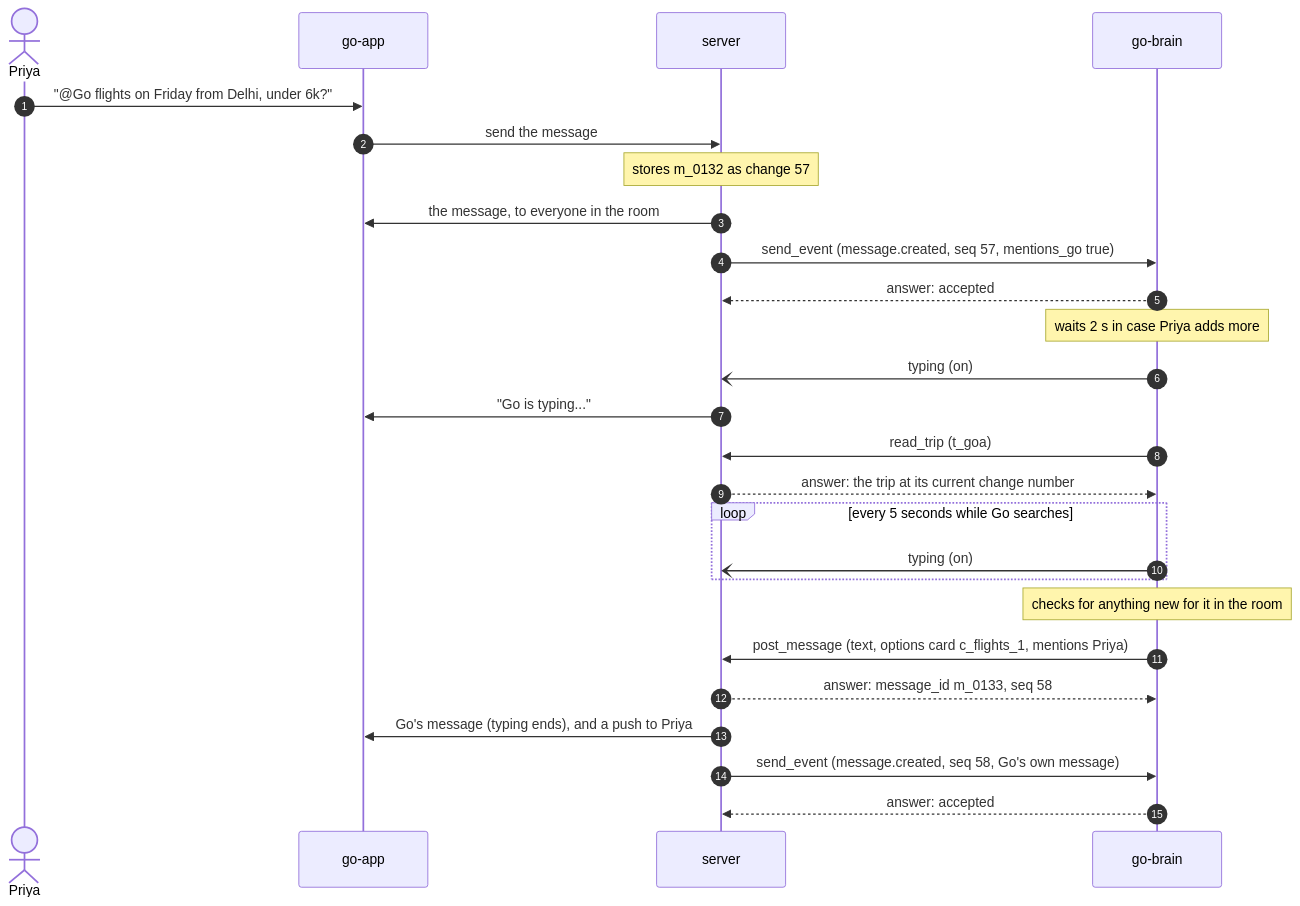
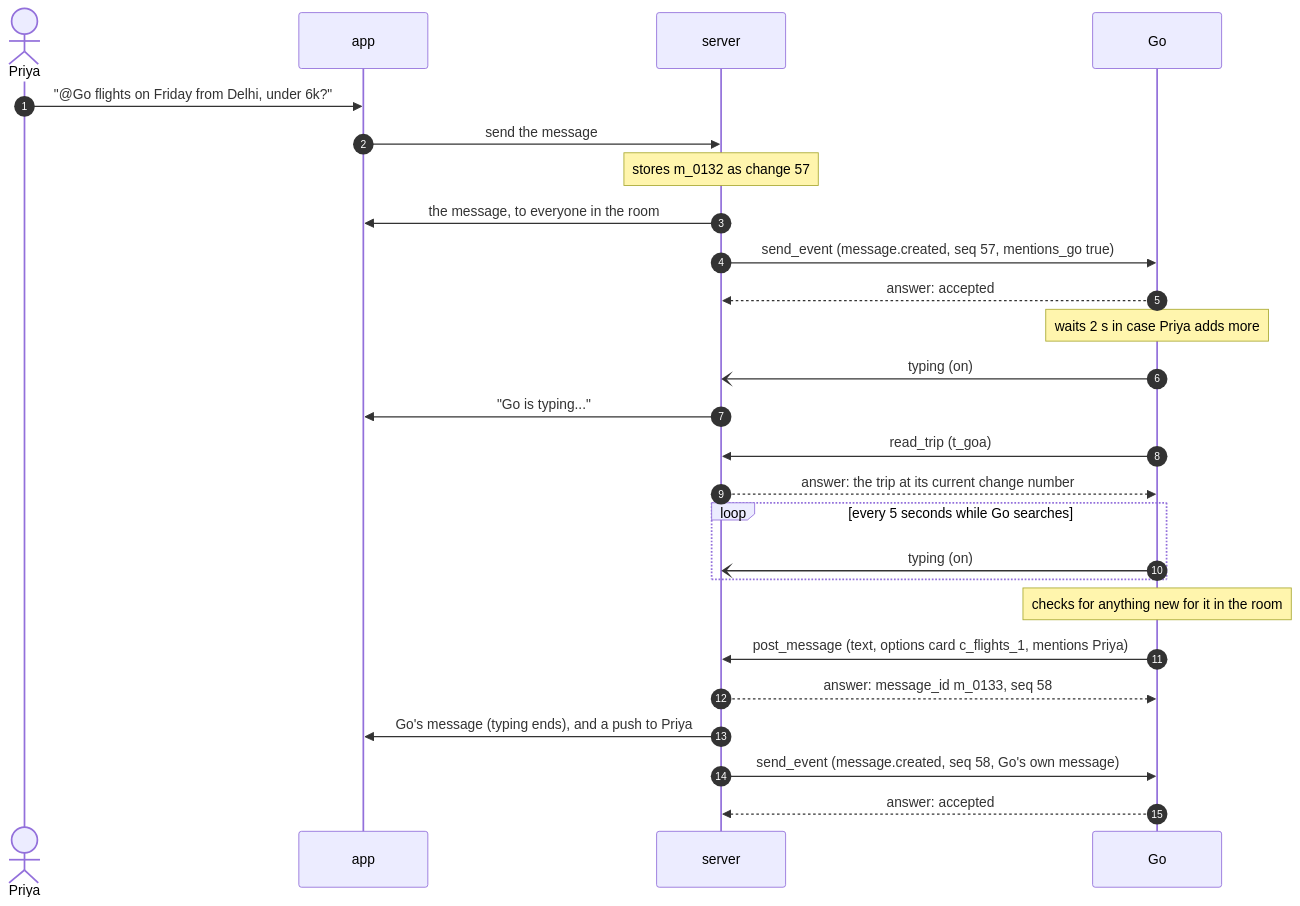
The first of 8 diagrams in docs/guide/09-flows.md (vestra-ai/go-brain), drawn with Mermaid before and after one commit. The commit also changed other lines of this file and 37 other files, not shown here.

First line of the commit message:
docs: the three parts are the app, the server and Go; inside Go

````diff
--- a/docs/guide/09-flows.md
+++ b/docs/guide/09-flows.md
@@ -15,28 +15,28 @@
 ```mermaid
 sequenceDiagram
   autonumber
   actor Priya
-  participant app as go-app
+  participant app as app
   participant server as server
-  participant brain as go-brain
+  participant go as Go
   Priya->>app: "@Go flights on Friday from Delhi, under 6k?"
   app->>server: send the message
   Note over server: stores m_0132 as change 57
   server->>app: the message, to everyone in the room
-  server->>brain: send_event (message.created, seq 57, mentions_go true)
-  brain-->>server: answer: accepted
-  Note over brain: waits 2 s in case Priya adds more
-  brain-)server: typing (on)
+  server->>go: send_event (message.created, seq 57, mentions_go true)
+  go-->>server: answer: accepted
+  Note over go: waits 2 s in case Priya adds more
+  go-)server: typing (on)
   server->>app: "Go is typing..."
-  brain->>server: read_trip (t_goa)
-  server-->>brain: answer: the trip at its current change number
+  go->>server: read_trip (t_goa)
+  server-->>go: answer: the trip at its current change number
   loop every 5 seconds while Go searches
-    brain-)server: typing (on)
+    go-)server: typing (on)
   end
-  Note over brain: checks for anything new for it in the room
-  brain->>server: post_message (text, options card c_flights_1, mentions Priya)
-  server-->>brain: answer: message_id m_0133, seq 58
+  Note over go: checks for anything new for it in the room
+  go->>server: post_message (text, options card c_flights_1, mentions Priya)
+  server-->>go: answer: message_id m_0133, seq 58
   server->>app: Go's message (typing ends), and a push to Priya
-  server->>brain: send_event (message.created, seq 58, Go's own message)
-  brain-->>server: answer: accepted
+  server->>go: send_event (message.created, seq 58, Go's own message)
+  go-->>server: answer: accepted
 ```
````
